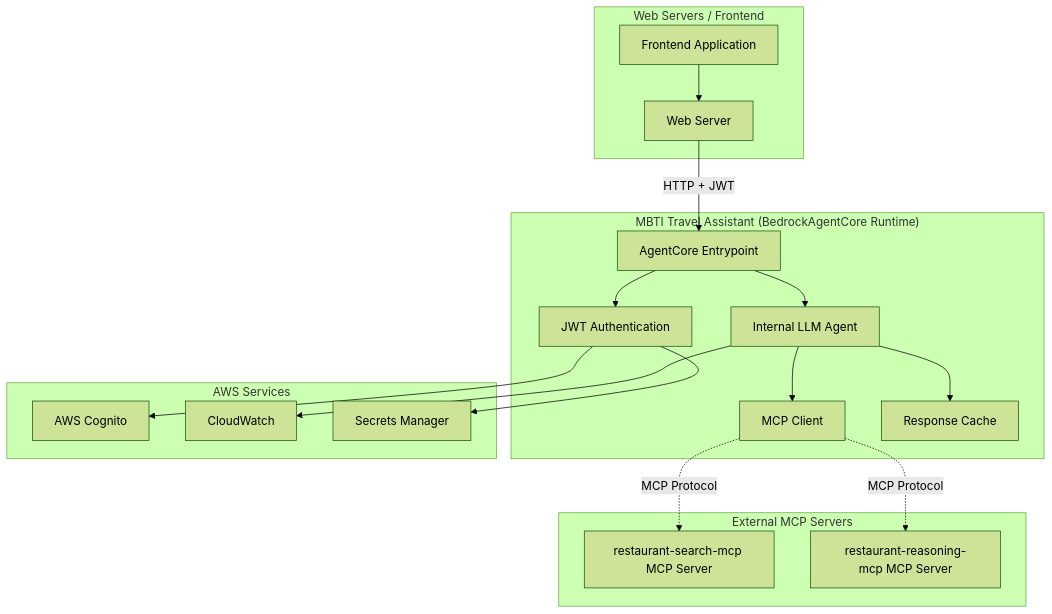
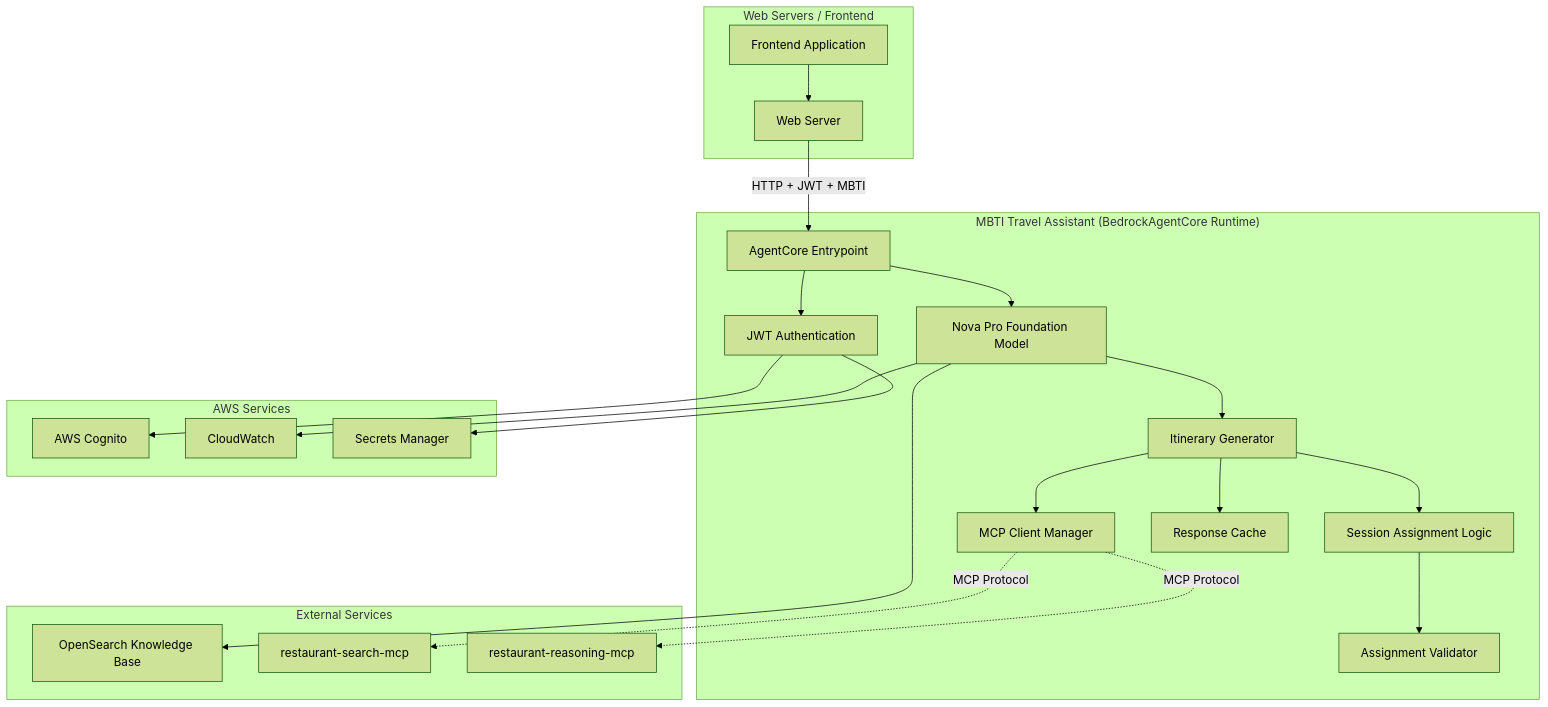
The first of 2 diagrams in .kiro/specs/mbti-travel-assistant-mcp/design.md (nestymook/mbti-travel-assistant-v2), drawn with Mermaid (forest theme) before and after one commit. The commit also changed other lines of this file and 91 other files, not shown here.

````diff
--- a/.kiro/specs/mbti-travel-assistant-mcp/design.md
+++ b/.kiro/specs/mbti-travel-assistant-mcp/design.md
@@ -13,38 +13,46 @@
 ```mermaid
 graph TB
     subgraph "Web Servers / Frontend"
         WEB[Web Server]
         FE[Frontend Application]
     end
     
     subgraph "MBTI Travel Assistant (BedrockAgentCore Runtime)"
         ENTRY[AgentCore Entrypoint]
-        LLM[Internal LLM Agent]
-        MCP_CLIENT[MCP Client]
+        NOVA[Nova Pro Foundation Model]
+        ITINERARY[Itinerary Generator]
+        SESSION[Session Assignment Logic]
+        MCP_CLIENT[MCP Client Manager]
         AUTH[JWT Authentication]
         CACHE[Response Cache]
+        VALIDATOR[Assignment Validator]
     end
     
-    subgraph "External MCP Servers"
-        SEARCH_MCP[restaurant-search-mcp MCP Server]
-        REASON_MCP[restaurant-reasoning-mcp MCP Server]
+    subgraph "External Services"
+        KB[OpenSearch Knowledge Base]
+        SEARCH_MCP[restaurant-search-mcp]
+        REASON_MCP[restaurant-reasoning-mcp]
     end
     
     subgraph "AWS Services"
         COGNITO[AWS Cognito]
         CW[CloudWatch]
         SECRETS[Secrets Manager]
     end
     
-    WEB -->|HTTP + JWT| ENTRY
+    WEB -->|HTTP + JWT + MBTI| ENTRY
     FE --> WEB
     ENTRY --> AUTH
-    ENTRY --> LLM
-    LLM --> MCP_CLIENT
-    LLM --> CACHE
+    ENTRY --> NOVA
+    NOVA --> KB
+    NOVA --> ITINERARY
+    ITINERARY --> SESSION
+    SESSION --> VALIDATOR
+    ITINERARY --> MCP_CLIENT
+    ITINERARY --> CACHE
     MCP_CLIENT -.->|MCP Protocol| SEARCH_MCP
     MCP_CLIENT -.->|MCP Protocol| REASON_MCP
     AUTH --> COGNITO
-    LLM --> CW
+    NOVA --> CW
     AUTH --> SECRETS
 ```
````
